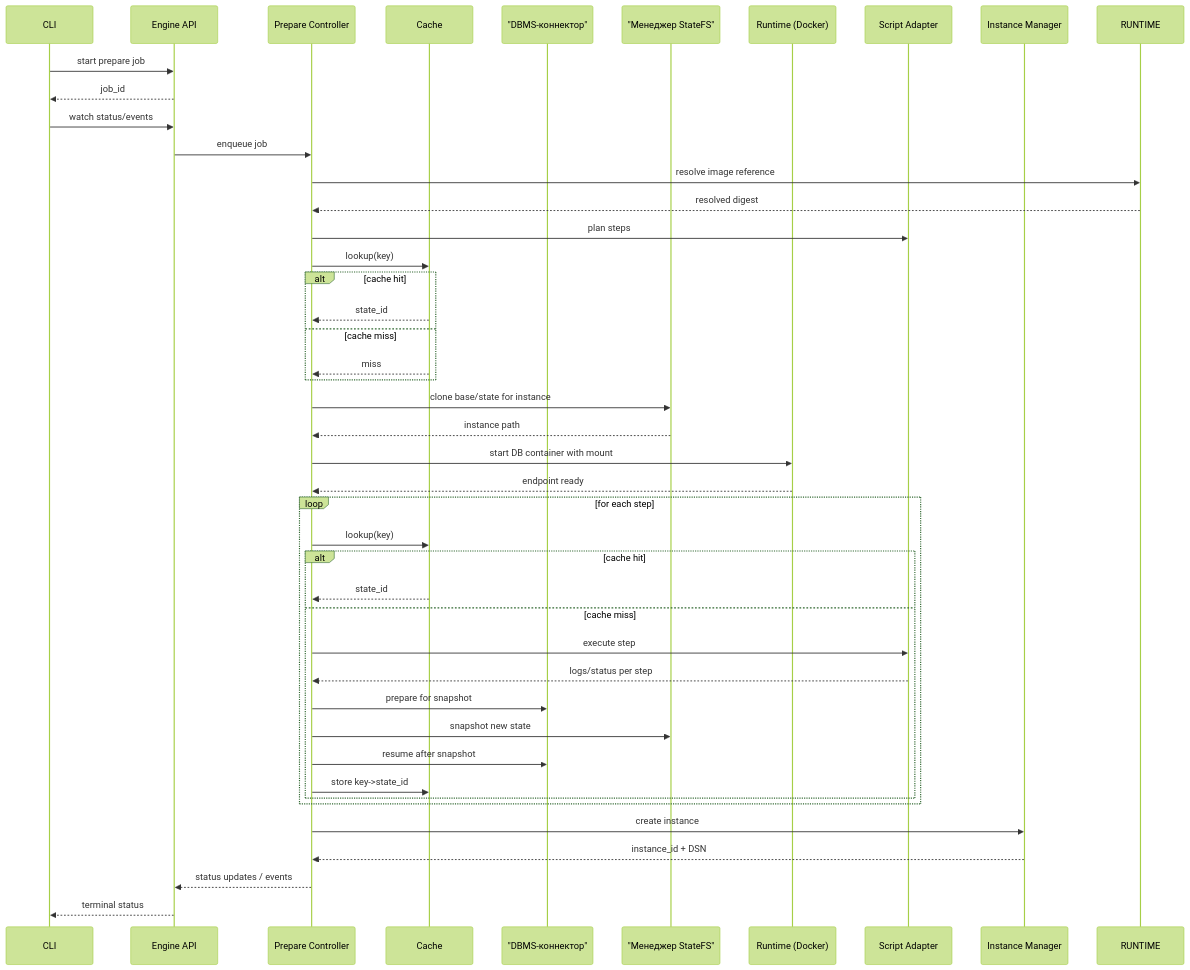
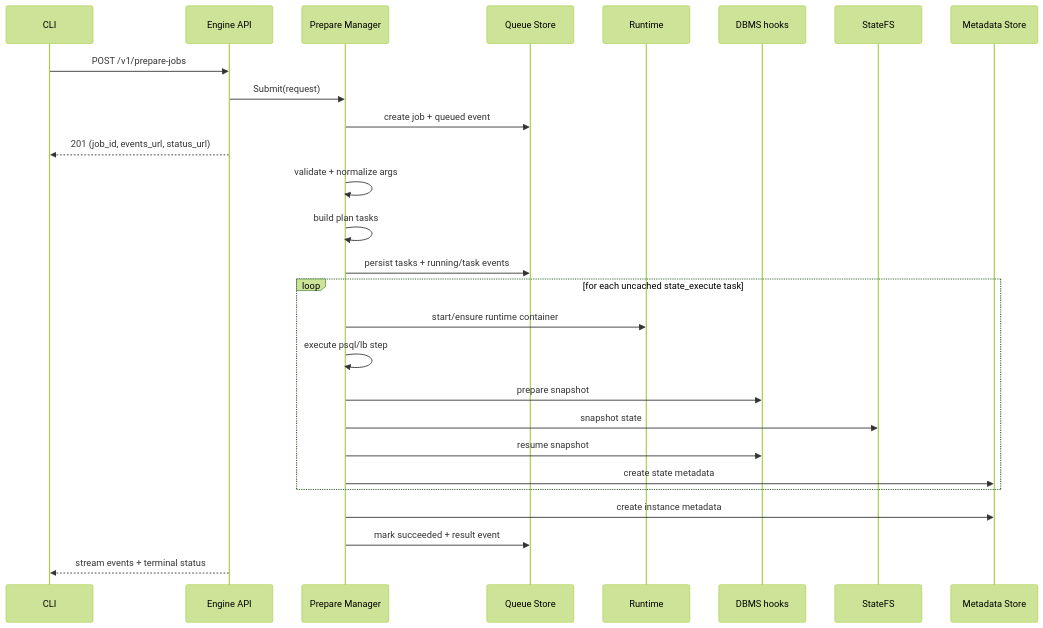
One commit to kimak-irmagi/taidon changed the second of 5 diagrams in docs/architecture/engine-internals.RU.md. Above: the diagram before and after it, drawn with Mermaid (forest theme). The commit also changed other lines of this file and 9 other files, not shown here.

````diff
--- a/docs/architecture/engine-internals.RU.md
+++ b/docs/architecture/engine-internals.RU.md
@@ -185,47 +131,33 @@
 ```mermaid
 sequenceDiagram
   participant CLI as CLI
   participant API as Engine API
-  participant CTRL as Prepare Controller
-  participant CACHE as Cache
-  participant DBMS as "DBMS-коннектор"
-  participant SNAP as "Менеджер StateFS"
-  participant RT as Runtime (Docker)
-  participant ADAPTER as Script Adapter
-  participant INST as Instance Manager
+  participant PREP as Prepare Manager
+  participant QUEUE as Queue Store
+  participant RT as Runtime
+  participant DBMS as DBMS hooks
+  participant STATEFS as StateFS
+  participant STORE as Metadata Store
 
-  CLI->>API: start prepare job
-  API-->>CLI: job_id
-  CLI->>API: watch status/events
-  API->>CTRL: enqueue job
-  CTRL->>RUNTIME: resolve image reference
-  RUNTIME-->>CTRL: resolved digest
-  CTRL->>ADAPTER: plan steps
-  CTRL->>CACHE: lookup(key)
-  alt cache hit
-    CACHE-->>CTRL: state_id
-  else cache miss
-    CACHE-->>CTRL: miss
+  CLI->>API: POST /v1/prepare-jobs
+  API->>PREP: Submit(request)
+  PREP->>QUEUE: create job + queued event
+  API-->>CLI: 201 (job_id, events_url, status_url)
+
+  PREP->>PREP: validate + normalize args
+  PREP->>PREP: build plan tasks
+  PREP->>QUEUE: persist tasks + running/task events
+
+  loop for each uncached state_execute task
+    PREP->>RT: start/ensure runtime container
+    PREP->>PREP: execute psql/lb step
+    PREP->>DBMS: prepare snapshot
+    PREP->>STATEFS: snapshot state
+    PREP->>DBMS: resume snapshot
+    PREP->>STORE: create state metadata
   end
-  CTRL->>SNAP: clone base/state for instance
-  SNAP-->>CTRL: instance path
-  CTRL->>RT: start DB container with mount
-  RT-->>CTRL: endpoint ready
-  loop for each step
-    CTRL->>CACHE: lookup(key)
-    alt cache hit
-      CACHE-->>CTRL: state_id
-    else cache miss
-      CTRL->>ADAPTER: execute step
-      ADAPTER-->>CTRL: logs/status per step
-      CTRL->>DBMS: prepare for snapshot
-      CTRL->>SNAP: snapshot new state
-      CTRL->>DBMS: resume after snapshot
-      CTRL->>CACHE: store key->state_id
-    end
-  end
-  CTRL->>INST: create instance
-  INST-->>CTRL: instance_id + DSN
-  CTRL-->>API: status updates / events
-  API-->>CLI: terminal status
+
+  PREP->>STORE: create instance metadata
+  PREP->>QUEUE: mark succeeded + result event
+  API-->>CLI: stream events + terminal status
 ```
````
